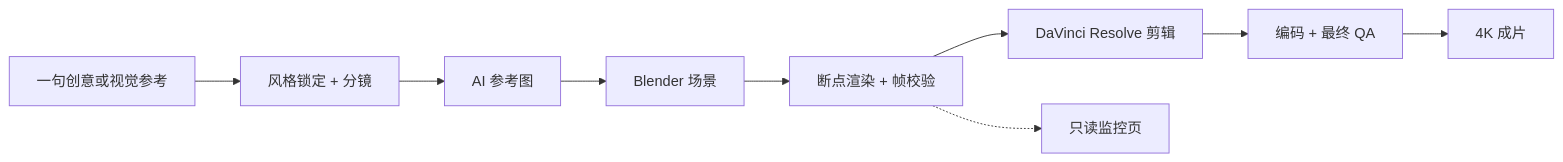
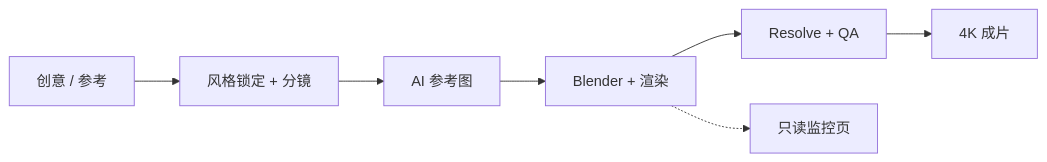
One commit to yoruuuchan/create-blender-story-video changed the first of 2 diagrams in README.md. Above: the diagram before and after it, drawn with Mermaid.

Commit message:
docs: tighten the pipeline diagram for GitHub's content width

````diff
--- a/README.md
+++ b/README.md
@@ -11,11 +11,9 @@
 ```mermaid
 flowchart LR
-    A[一句创意或视觉参考] --> B[风格锁定 + 分镜]
+    A[创意 / 参考] --> B[风格锁定 + 分镜]
     B --> C[AI 参考图]
-    C --> D[Blender 场景]
-    D --> E[断点渲染 + 帧校验]
-    E --> F[DaVinci Resolve 剪辑]
-    F --> G[编码 + 最终 QA]
-    G --> H[4K 成片]
-    E -.-> M[只读监控页]
+    C --> D[Blender + 渲染]
+    D --> E[Resolve + QA]
+    E --> F[4K 成片]
+    D -.-> M[只读监控页]
 ```
````
